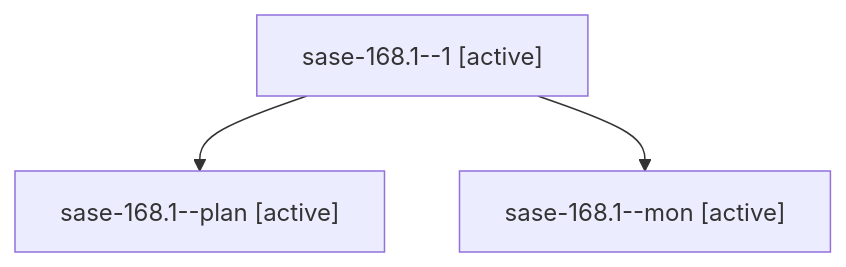
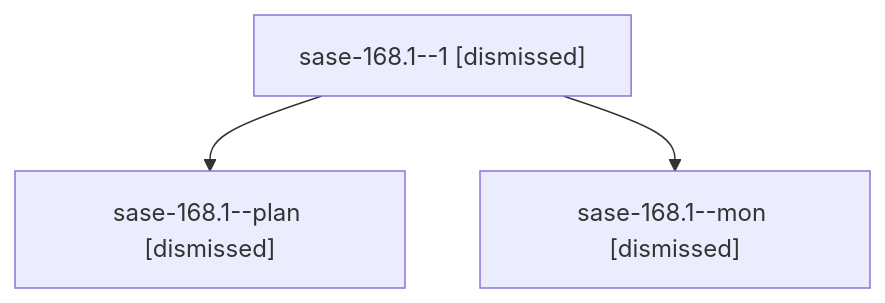
Before and after one commit to sase-org/sase--agents: the diagram in sessions/bbugyi200.athena.sase-168.1.md, drawn with Mermaid. The commit also changed other lines of this file and 93 other files, not shown here.

````diff
--- a/sessions/bbugyi200.athena.sase-168.1.md
+++ b/sessions/bbugyi200.athena.sase-168.1.md
@@ -9,8 +9,8 @@
 ```mermaid
 flowchart TD
-  n0["sase-168.1--1 [active]"]
-  n1["sase-168.1--plan [active]"]
+  n0["sase-168.1--1 [dismissed]"]
+  n1["sase-168.1--plan [dismissed]"]
   n0 --> n1
-  n2["sase-168.1--mon [active]"]
+  n2["sase-168.1--mon [dismissed]"]
   n0 --> n2
 ```
````
